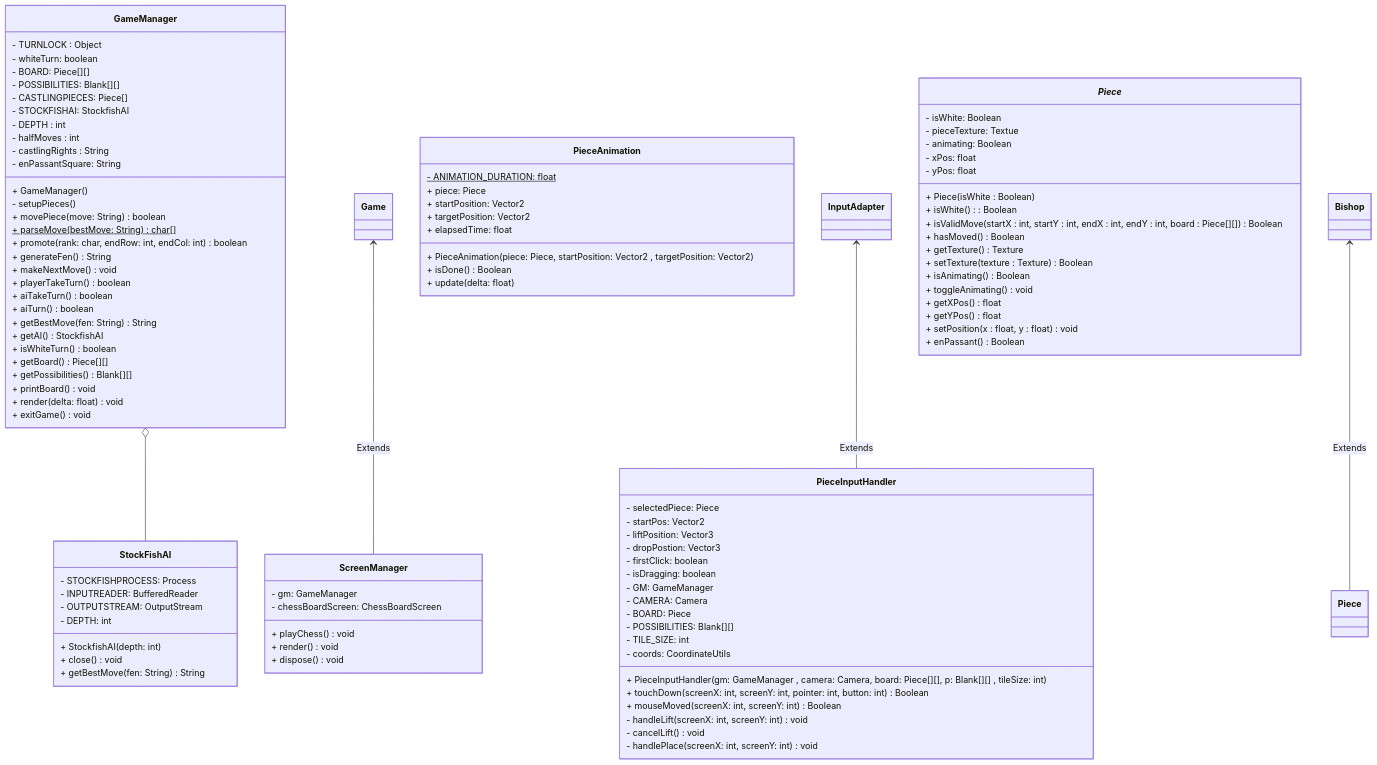
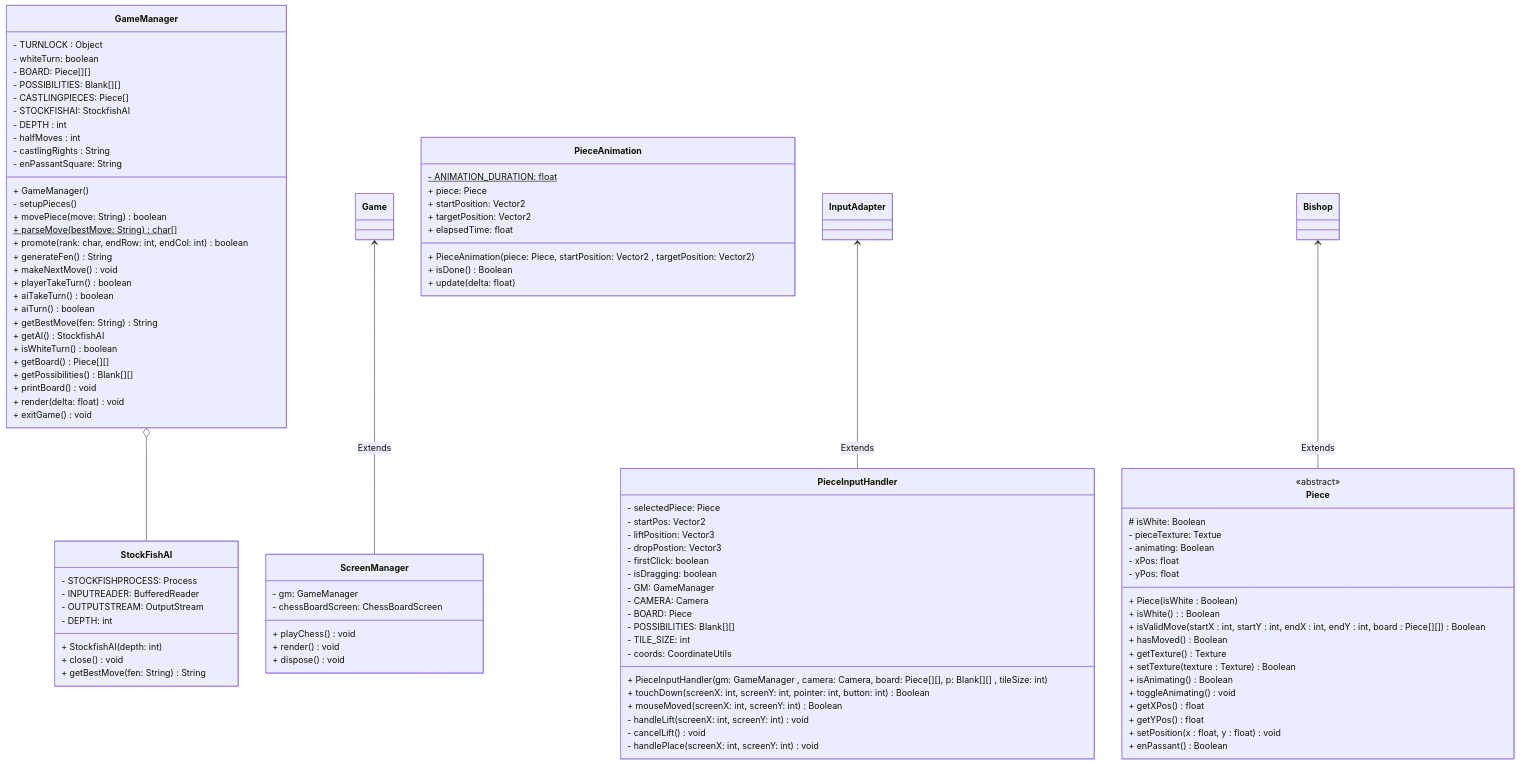
Before and after one commit to cis3296f24/gameroomgdx: the diagram in ClassDiagram.md, drawn with Mermaid.

Commit message:
Piece.java

```diff
--- a/ClassDiagram.md
+++ b/ClassDiagram.md
@@ -101,8 +101,9 @@
     }
     
     InputAdapter <-- PieceInputHandler: Extends
-    class _Piece_{
-        - isWhite: Boolean
+    class Piece{
+        <<abstract>>
+        # isWhite: Boolean
         - pieceTexture: Textue
         - animating: Boolean
         - xPos: float
```
